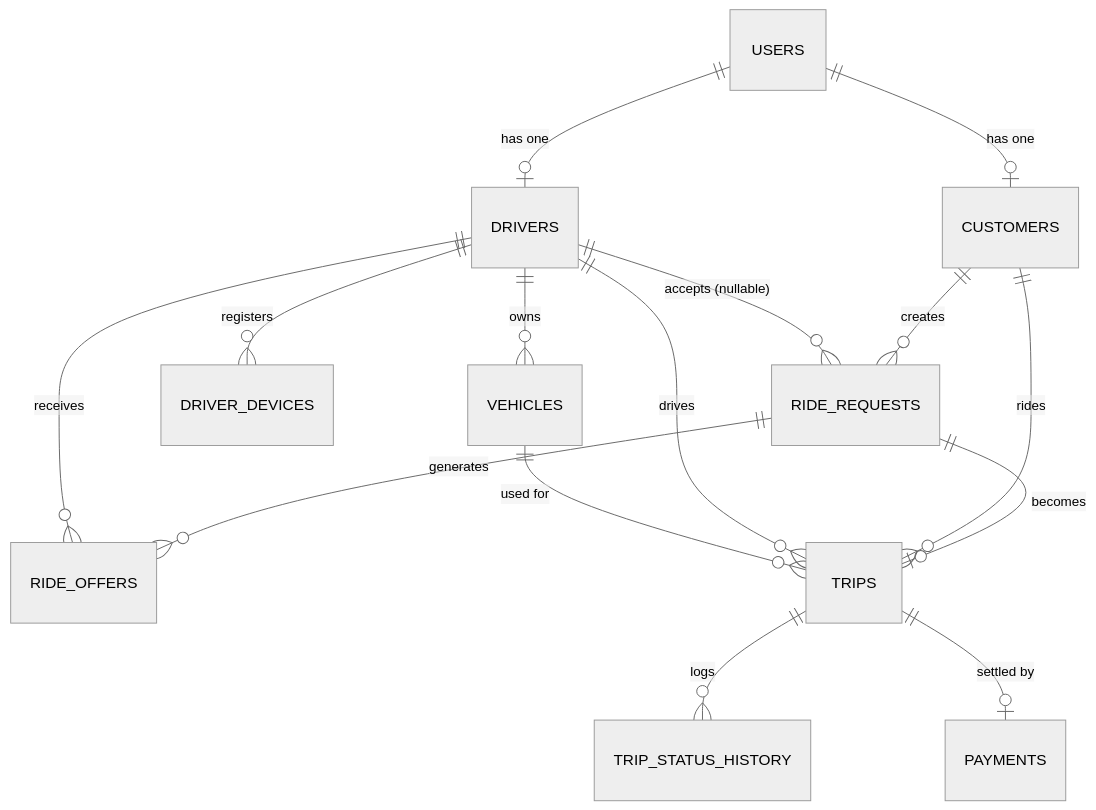
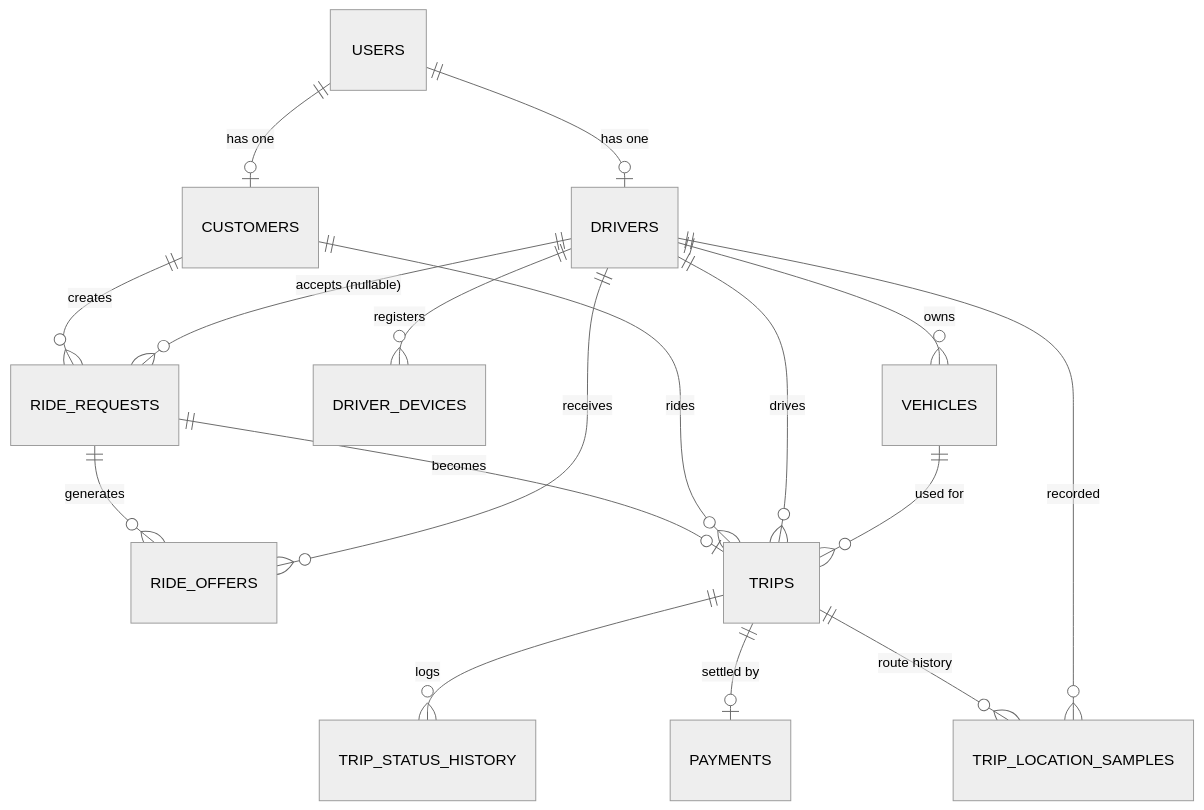
The diagram in docs/database/schema-overview.md (abdullah-alfar/geofleet-platform), drawn with Mermaid (neutral theme) before and after one commit. The commit also changed other lines of this file and 12 other files, not shown here.

````diff
--- a/docs/database/schema-overview.md
+++ b/docs/database/schema-overview.md
@@ -26,17 +26,19 @@
 ```mermaid
 erDiagram
     USERS ||--o| CUSTOMERS : "has one"
     USERS ||--o| DRIVERS : "has one"
     DRIVERS ||--o{ VEHICLES : "owns"
     DRIVERS ||--o{ DRIVER_DEVICES : "registers"
     CUSTOMERS ||--o{ RIDE_REQUESTS : "creates"
     DRIVERS ||--o{ RIDE_REQUESTS : "accepts (nullable)"
     RIDE_REQUESTS ||--o{ RIDE_OFFERS : "generates"
     DRIVERS ||--o{ RIDE_OFFERS : "receives"
     RIDE_REQUESTS ||--o| TRIPS : "becomes"
     CUSTOMERS ||--o{ TRIPS : "rides"
     DRIVERS ||--o{ TRIPS : "drives"
     VEHICLES ||--o{ TRIPS : "used for"
     TRIPS ||--o{ TRIP_STATUS_HISTORY : "logs"
     TRIPS ||--o| PAYMENTS : "settled by"
+    TRIPS ||--o{ TRIP_LOCATION_SAMPLES : "route history"
+    DRIVERS ||--o{ TRIP_LOCATION_SAMPLES : "recorded"
 ```
````
